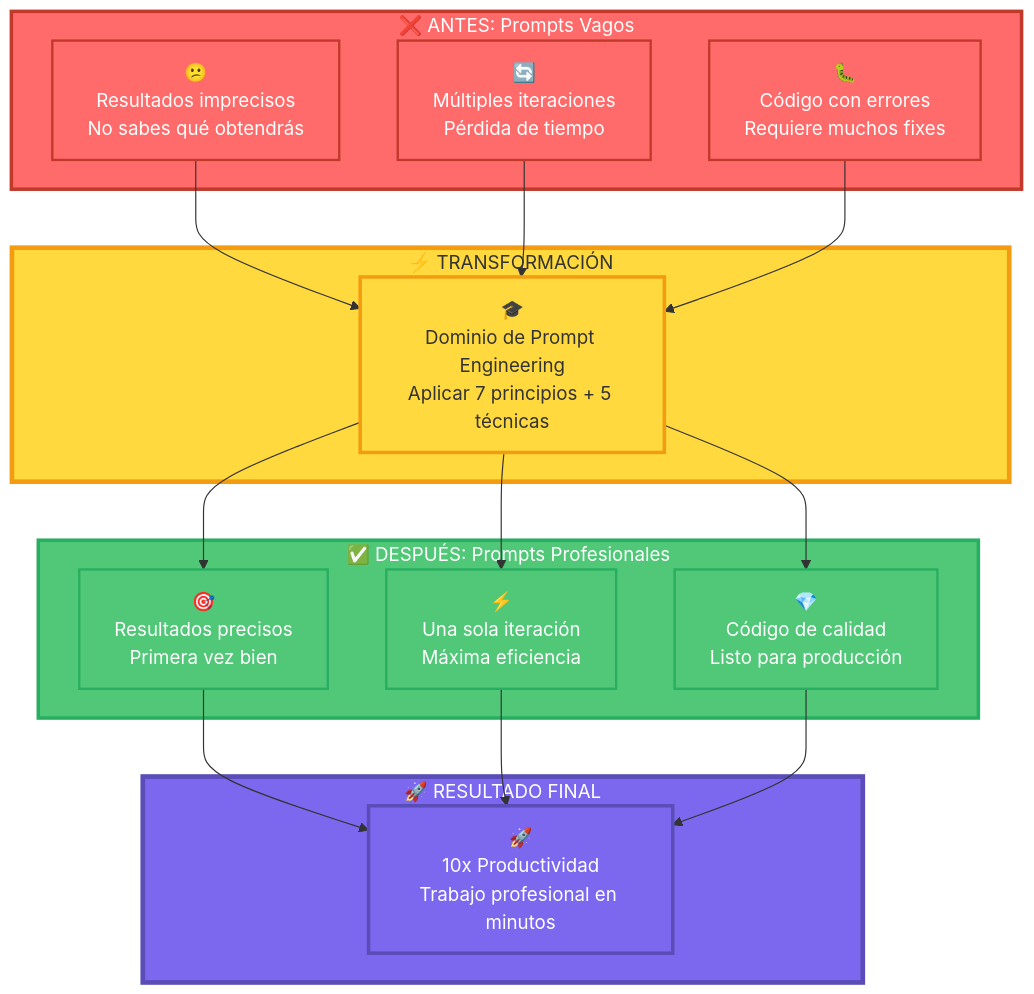
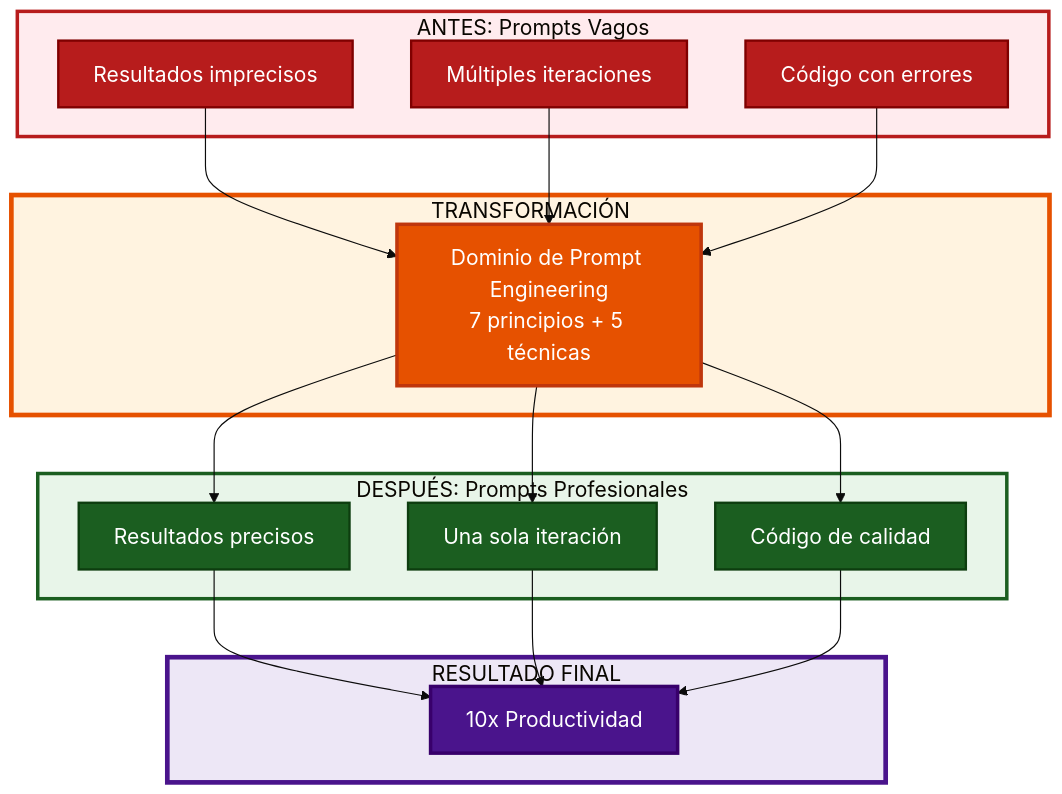
Before and after one commit to Ai-Whisperers/Courses-Content: diagram 18 of 18 in courses/🟡-development/FPUNA-2026/00-FUNDAMENTOS-PRINCIPALES/03-ingenieria-prompts.md, drawn with Mermaid. The commit also changed other lines of this file and 47 other files, not shown here.

First line of the commit message:
fix: Make all 473 diagrams WCAG AAA accessible (FPUNA-2026)

````diff
--- a/courses/🟡-development/FPUNA-2026/00-FUNDAMENTOS-PRINCIPALES/03-ingenieria-prompts.md
+++ b/courses/🟡-development/FPUNA-2026/00-FUNDAMENTOS-PRINCIPALES/03-ingenieria-prompts.md
@@ -1370,48 +1382,49 @@
 ```mermaid
+%%{init: {'theme':'base', 'themeVariables': {'fontSize':'18px'}}}%%
 graph TB
-    subgraph before["❌ ANTES: Prompts Vagos"]
-        A["😕<br/>Resultados imprecisos<br/>No sabes qué obtendrás"]
-        B["🔄<br/>Múltiples iteraciones<br/>Pérdida de tiempo"]
-        C["🐛<br/>Código con errores<br/>Requiere muchos fixes"]
+    subgraph before["ANTES: Prompts Vagos"]
+        A["Resultados imprecisos"]
+        B["Múltiples iteraciones"]
+        C["Código con errores"]
     end
     
-    subgraph transformation["⚡ TRANSFORMACIÓN"]
-        T["🎓<br/>Dominio de Prompt Engineering<br/>Aplicar 7 principios + 5 técnicas"]
+    subgraph transformation["TRANSFORMACIÓN"]
+        T["Dominio de Prompt Engineering<br>7 principios + 5 técnicas"]
     end
     
-    subgraph after["✅ DESPUÉS: Prompts Profesionales"]
-        D["🎯<br/>Resultados precisos<br/>Primera vez bien"]
-        E["⚡<br/>Una sola iteración<br/>Máxima eficiencia"]
-        F["💎<br/>Código de calidad<br/>Listo para producción"]
+    subgraph after["DESPUÉS: Prompts Profesionales"]
+        D["Resultados precisos"]
+        E["Una sola iteración"]
+        F["Código de calidad"]
     end
     
-    subgraph result["🚀 RESULTADO FINAL"]
-        G["🚀<br/>10x Productividad<br/>Trabajo profesional en minutos"]
+    subgraph result["RESULTADO FINAL"]
+        G["10x Productividad"]
     end
     
     A --> T
     B --> T
     C --> T
     
     T --> D
     T --> E
     T --> F
     
     D --> G
     E --> G
     F --> G
     
-    style before fill:#FF6B6B,stroke:#C0392B,stroke-width:3px,color:#fff
-    style transformation fill:#FFD93D,stroke:#F39C12,stroke-width:4px,color:#333
-    style after fill:#50C878,stroke:#27AE60,stroke-width:3px,color:#fff
-    style result fill:#7B68EE,stroke:#5A4DB8,stroke-width:4px,color:#fff
+    style before fill:#ffebee,stroke:#b71c1c,stroke-width:3px
+    style transformation fill:#fff3e0,stroke:#e65100,stroke-width:4px
+    style after fill:#e8f5e9,stroke:#1b5e20,stroke-width:3px
+    style result fill:#ede7f6,stroke:#4a148c,stroke-width:4px
     
-    style A fill:#FF6B6B,stroke:#C0392B,stroke-width:2px,color:#fff
-    style B fill:#FF6B6B,stroke:#C0392B,stroke-width:2px,color:#fff
-    style C fill:#FF6B6B,stroke:#C0392B,stroke-width:2px,color:#fff
-    style T fill:#FFD93D,stroke:#F39C12,stroke-width:3px,color:#333
-    style D fill:#50C878,stroke:#27AE60,stroke-width:2px,color:#fff
-    style E fill:#50C878,stroke:#27AE60,stroke-width:2px,color:#fff
-    style F fill:#50C878,stroke:#27AE60,stroke-width:2px,color:#fff
-    style G fill:#7B68EE,stroke:#5A4DB8,stroke-width:3px,color:#fff
+    style A fill:#b71c1c,stroke:#7f0000,stroke-width:2px,color:#fff
+    style B fill:#b71c1c,stroke:#7f0000,stroke-width:2px,color:#fff
+    style C fill:#b71c1c,stroke:#7f0000,stroke-width:2px,color:#fff
+    style T fill:#e65100,stroke:#bf360c,stroke-width:3px,color:#fff
+    style D fill:#1b5e20,stroke:#0d3d0f,stroke-width:2px,color:#fff
+    style E fill:#1b5e20,stroke:#0d3d0f,stroke-width:2px,color:#fff
+    style F fill:#1b5e20,stroke:#0d3d0f,stroke-width:2px,color:#fff
+    style G fill:#4a148c,stroke:#38006b,stroke-width:3px,color:#fff
 ```
````
